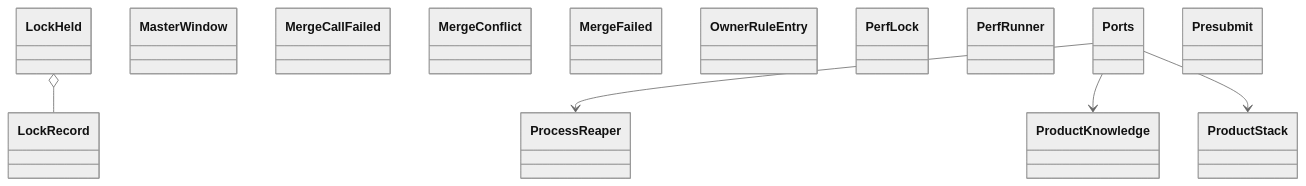
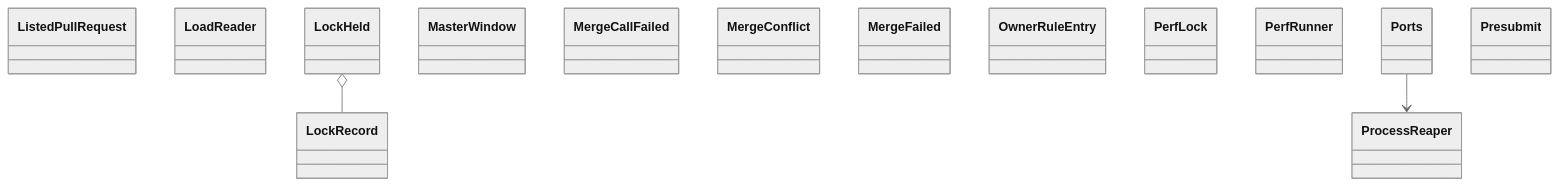
The diagram in docs/architecture/generated/classes-process-application-support-4.md (GonzaloZevallos/agentic-system), drawn with Mermaid (neutral theme) before and after one commit. The commit also changed other lines of this file and 12 other files, not shown here.

Commit message:
Place the format_issue module in the support cluster and regenerate the class diagrams

````diff
--- a/docs/architecture/generated/classes-process-application-support-4.md
+++ b/docs/architecture/generated/classes-process-application-support-4.md
@@ -20,21 +20,19 @@
 ```mermaid
 classDiagram
+    class ports__ListedPullRequest["ListedPullRequest"]
+    class ports__LoadReader["LoadReader"]
     class ports__LockHeld["LockHeld"]
     class ports__LockRecord["LockRecord"]
     class ports__MasterWindow["MasterWindow"]
     class ports__MergeCallFailed["MergeCallFailed"]
     class ports__MergeConflict["MergeConflict"]
     class ports__MergeFailed["MergeFailed"]
     class ports__OwnerRuleEntry["OwnerRuleEntry"]
     class ports__PerfLock["PerfLock"]
     class ports__PerfRunner["PerfRunner"]
     class ports__Ports["Ports"]
     class ports__Presubmit["Presubmit"]
     class ports__ProcessReaper["ProcessReaper"]
-    class ports__ProductKnowledge["ProductKnowledge"]
-    class ports__ProductStack["ProductStack"]
     ports__LockHeld o-- ports__LockRecord
     ports__Ports --> ports__ProcessReaper
-    ports__Ports --> ports__ProductKnowledge
-    ports__Ports --> ports__ProductStack
 ```
````
